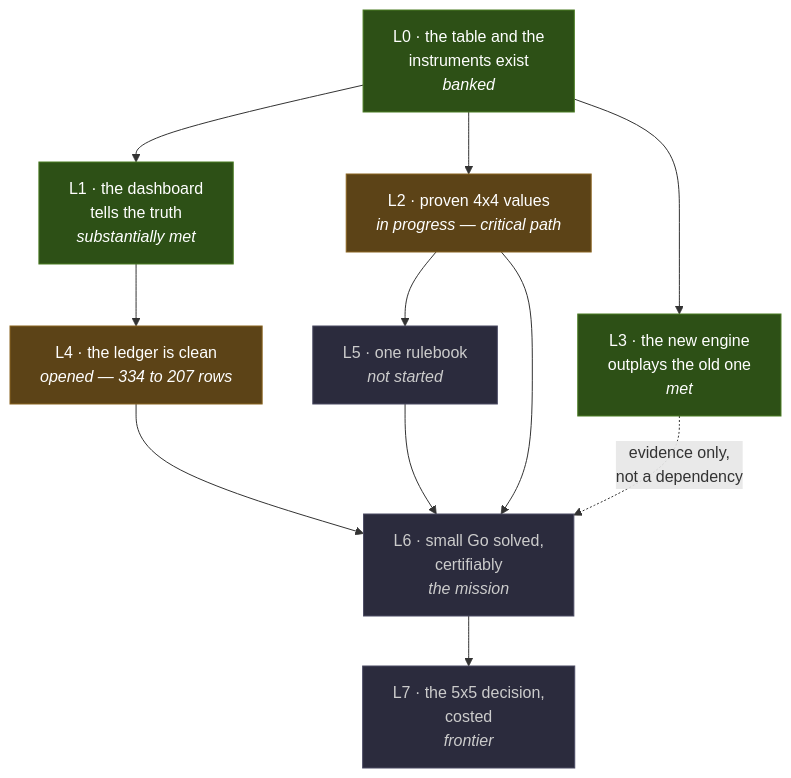
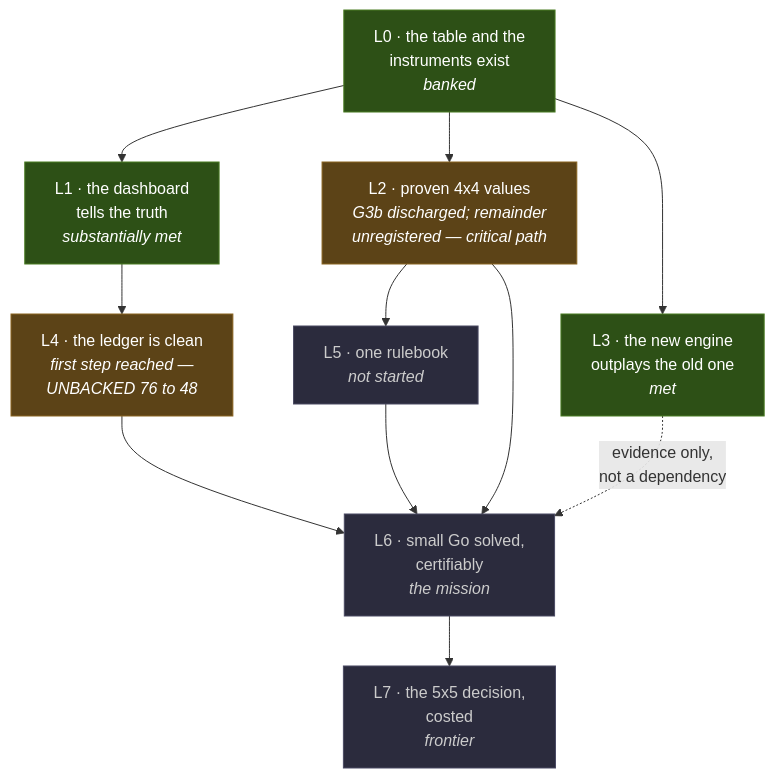
The diagram in docs/audits/2026-08-05-handover/LANDMARKS.md (alexgenaud/weizigo), drawn with Mermaid before and after one commit. The commit also changed other lines of this file and 2 other files, not shown here.

````diff
--- a/docs/audits/2026-08-05-handover/LANDMARKS.md
+++ b/docs/audits/2026-08-05-handover/LANDMARKS.md
@@ -26,29 +26,29 @@
 ```mermaid
 graph TD
     L0["L0 · the table and the<br/>instruments exist<br/><i>banked</i>"]
     L1["L1 · the dashboard<br/>tells the truth<br/><i>substantially met</i>"]
-    L2["L2 · proven 4x4 values<br/><i>in progress — critical path</i>"]
+    L2["L2 · proven 4x4 values<br/><i>G3b discharged; remainder<br/>unregistered — critical path</i>"]
     L3["L3 · the new engine<br/>outplays the old one<br/><i>met</i>"]
-    L4["L4 · the ledger is clean<br/><i>opened — 334 to 207 rows</i>"]
+    L4["L4 · the ledger is clean<br/><i>first step reached —<br/>UNBACKED 76 to 48</i>"]
     L5["L5 · one rulebook<br/><i>not started</i>"]
     L6["L6 · small Go solved,<br/>certifiably<br/><i>the mission</i>"]
     L7["L7 · the 5x5 decision,<br/>costed<br/><i>frontier</i>"]
 
     L0 --> L1
     L0 --> L2
     L0 --> L3
     L1 --> L4
     L2 --> L5
     L2 --> L6
     L4 --> L6
     L5 --> L6
     L6 --> L7
     L3 -.->|"evidence only,<br/>not a dependency"| L6
 
     classDef done fill:#2d5016,stroke:#4a7c23,color:#fff
     classDef active fill:#5c4317,stroke:#8a6420,color:#fff
     classDef todo fill:#2b2b3d,stroke:#4a4a63,color:#ccc
     class L0,L1,L3 done
     class L2,L4 active
     class L5,L6,L7 todo
 ```
````
